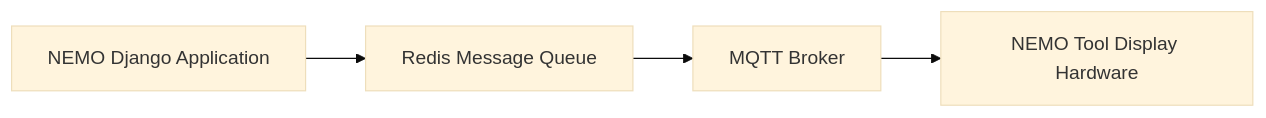
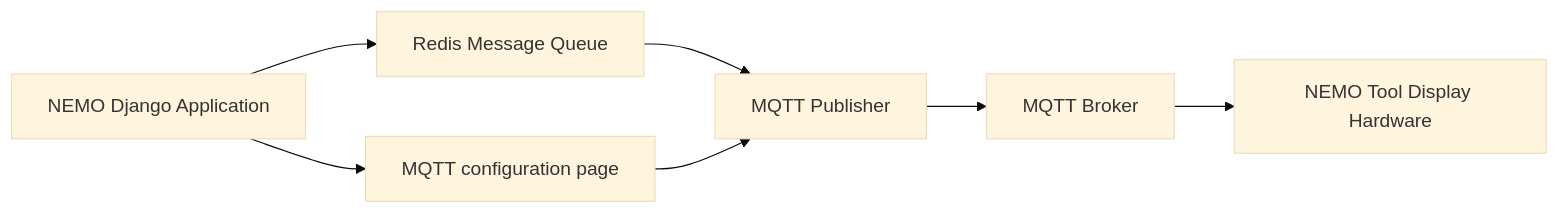
The diagram in src/coding/NEMO-MQTT-Plugin.md (alexanderenrique/alexanderenrique.github.io), drawn with Mermaid (base theme) before and after one commit. The commit also changed other lines of this file and 4 other files, not shown here.

```diff
--- a/src/coding/NEMO-MQTT-Plugin.md
+++ b/src/coding/NEMO-MQTT-Plugin.md
@@ -26,6 +26,9 @@
 {% mermaid %}
 graph LR
     A[NEMO Django Application] --> B[Redis Message Queue]
-    B --> C[MQTT Broker]
-    C --> D[NEMO Tool Display Hardware]
+    B --> C[MQTT Publisher]
+    A --> D[MQTT configuration page]
+    D --> C[MQTT Publisher]
+    C --> F[MQTT Broker]
+    F --> G[NEMO Tool Display Hardware]
 {% endmermaid %}
```
